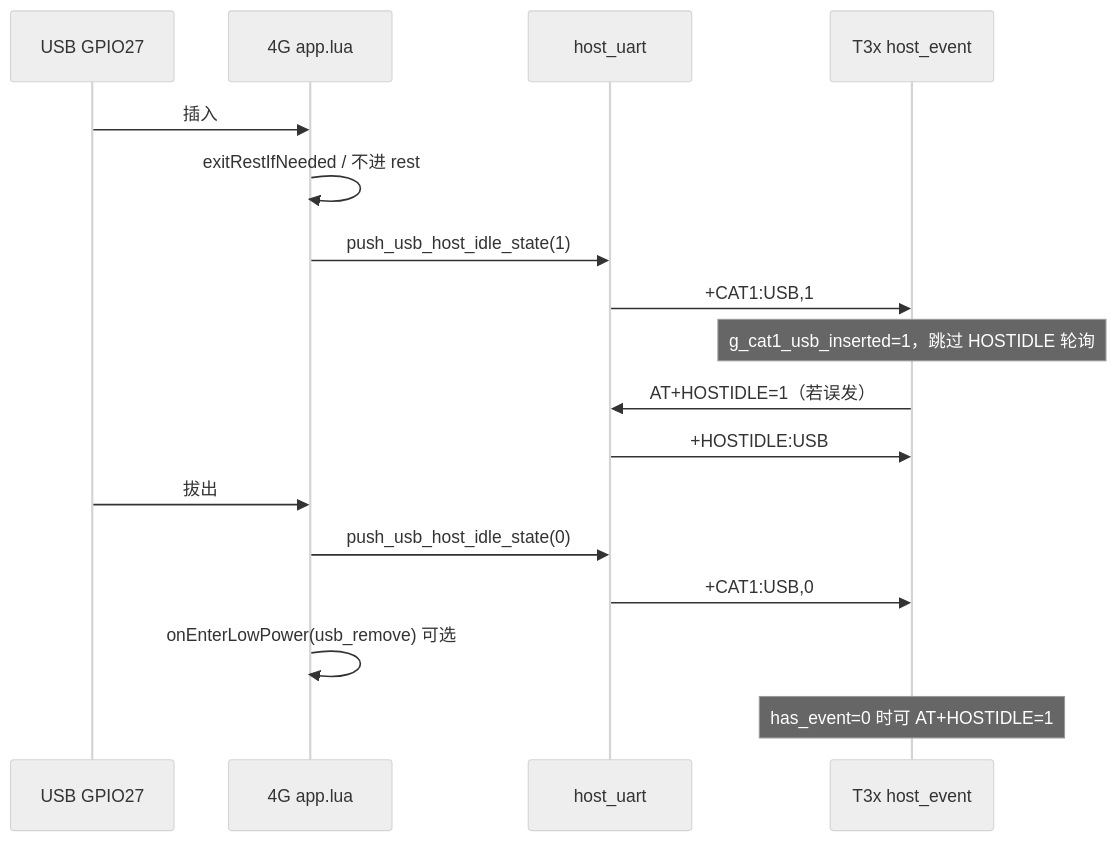
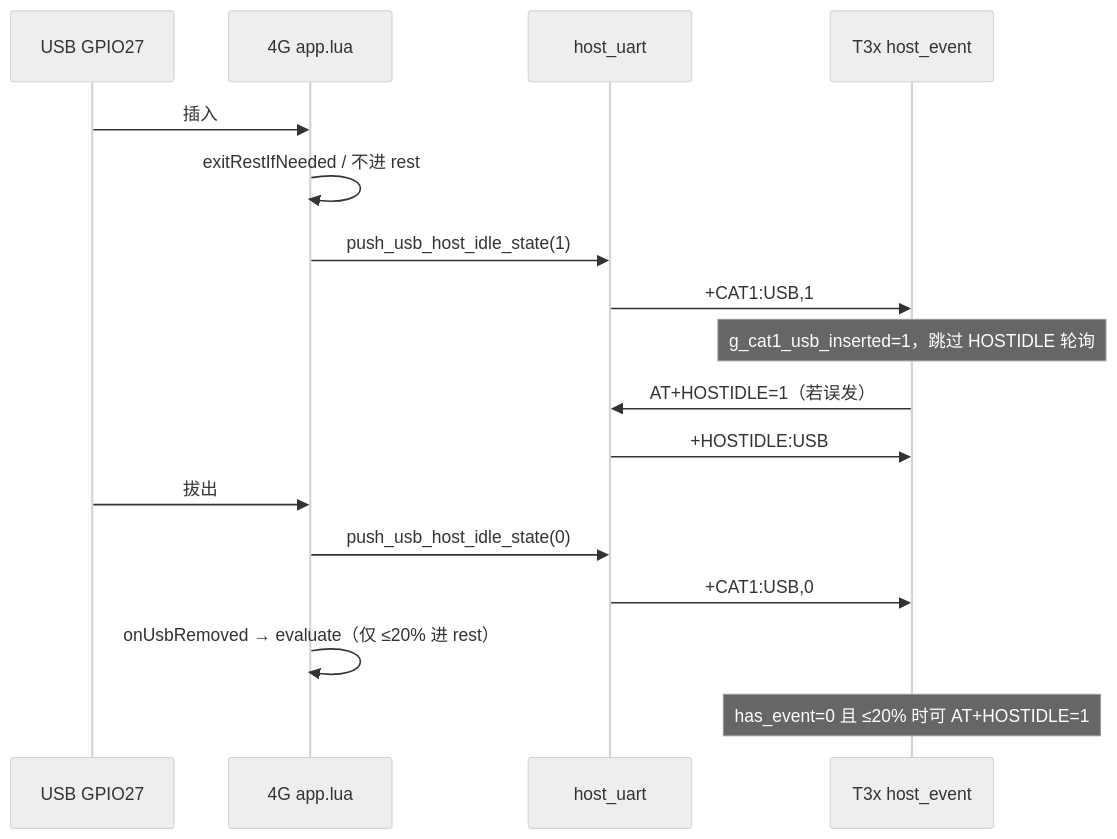
One commit to dzr1986/AIR780EHM changed the diagram in doc/T3X_USB_HOSTIDLE.md. Above: the diagram before and after it, drawn with Mermaid (neutral theme). The commit also changed other lines of this file and 69 other files, not shown here.

````diff
--- a/doc/T3X_USB_HOSTIDLE.md
+++ b/doc/T3X_USB_HOSTIDLE.md
@@ -26,22 +27,22 @@
 ```mermaid
 sequenceDiagram
     participant U as USB GPIO27
     participant G as 4G app.lua
     participant H as host_uart
     participant T as T3x host_event
 
     U->>G: 插入
     G->>G: exitRestIfNeeded / 不进 rest
     G->>H: push_usb_host_idle_state(1)
     H->>T: +CAT1:USB,1
     Note over T: g_cat1_usb_inserted=1，跳过 HOSTIDLE 轮询
 
     T->>H: AT+HOSTIDLE=1（若误发）
     H->>T: +HOSTIDLE:USB
 
     U->>G: 拔出
     G->>H: push_usb_host_idle_state(0)
     H->>T: +CAT1:USB,0
-    G->>G: onEnterLowPower(usb_remove) 可选
-    Note over T: has_event=0 时可 AT+HOSTIDLE=1
+    G->>G: onUsbRemoved → evaluate（仅 ≤20% 进 rest）
+    Note over T: has_event=0 且 ≤20% 时可 AT+HOSTIDLE=1
 ```
````
